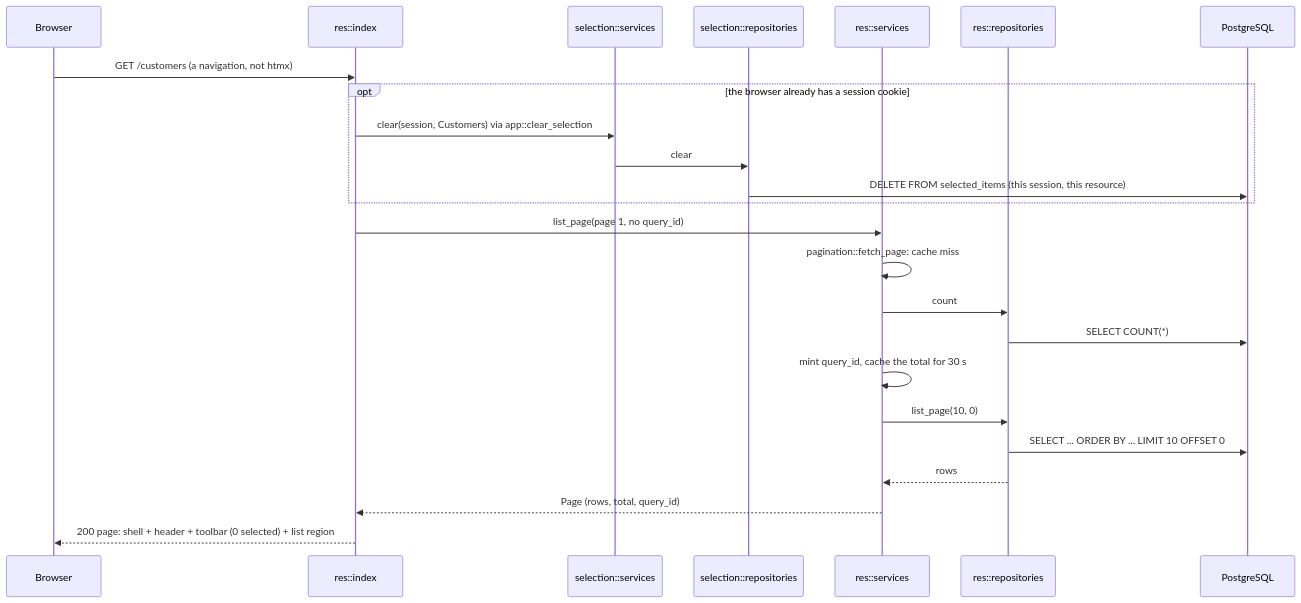
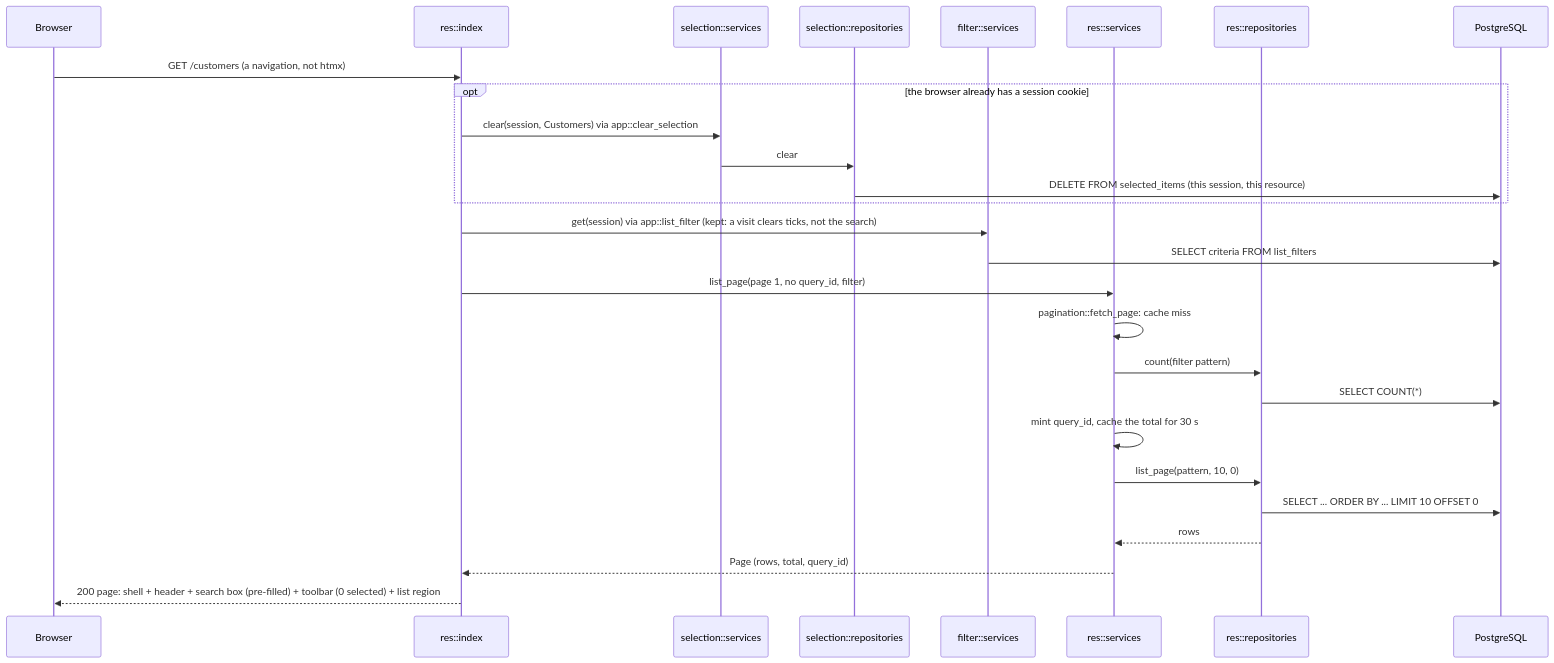
One commit to bunyawats/customer_crud_topcoat changed the diagram in docs/interaction-diagrams/02-get-list-page.md. Above: the diagram before and after it, drawn with Mermaid. The commit also changed other lines of this file and 67 other files, not shown here.

First line of the commit message:
Add list search with criteria kept in a server-side filter object

````diff
--- a/docs/interaction-diagrams/02-get-list-page.md
+++ b/docs/interaction-diagrams/02-get-list-page.md
@@ -3,26 +3,29 @@
 ```mermaid
 sequenceDiagram
     participant B as Browser
     participant H as res::index
     participant SelS as selection::services
     participant SelR as selection::repositories
+    participant FS as filter::services
     participant S as res::services
     participant R as res::repositories
     participant DB as PostgreSQL
     B->>H: GET /customers (a navigation, not htmx)
     opt the browser already has a session cookie
         H->>SelS: clear(session, Customers) via app::clear_selection
         SelS->>SelR: clear
         SelR->>DB: DELETE FROM selected_items (this session, this resource)
     end
-    H->>S: list_page(page 1, no query_id)
+    H->>FS: get(session) via app::list_filter (kept: a visit clears ticks, not the search)
+    FS->>DB: SELECT criteria FROM list_filters
+    H->>S: list_page(page 1, no query_id, filter)
     S->>S: pagination::fetch_page: cache miss
-    S->>R: count
+    S->>R: count(filter pattern)
     R->>DB: SELECT COUNT(*)
     S->>S: mint query_id, cache the total for 30 s
-    S->>R: list_page(10, 0)
+    S->>R: list_page(pattern, 10, 0)
     R->>DB: SELECT ... ORDER BY ... LIMIT 10 OFFSET 0
     R-->>S: rows
     S-->>H: Page (rows, total, query_id)
-    H-->>B: 200 page: shell + header + toolbar (0 selected) + list region
+    H-->>B: 200 page: shell + header + search box (pre-filled) + toolbar (0 selected) + list region
 ```
````
